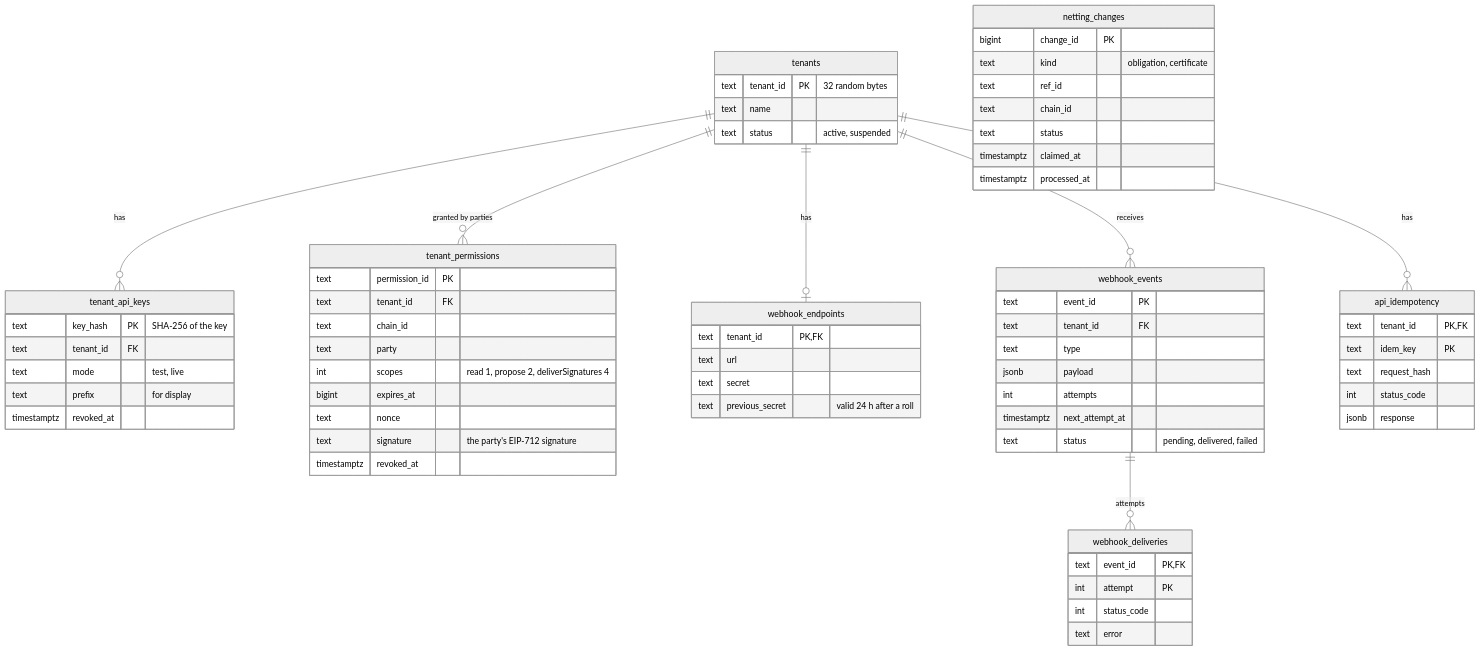
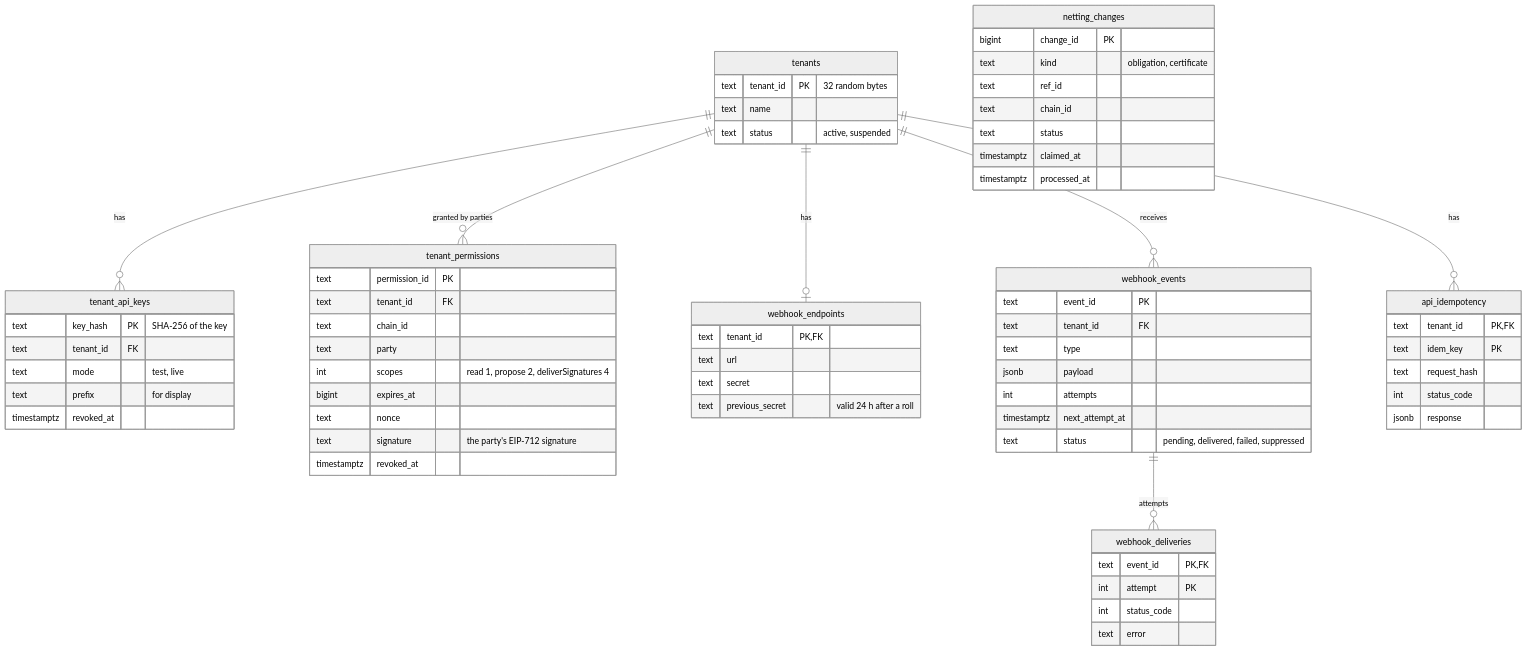
Before and after one commit to AduAkorful/contraflow: the third of 3 diagrams in docs/gitbook/reference/data-model.md, drawn with Mermaid (neutral theme). The commit also changed other lines of this file and 15 other files, not shown here.

````diff
--- a/docs/gitbook/reference/data-model.md
+++ b/docs/gitbook/reference/data-model.md
@@ -138,69 +138,69 @@
 ```mermaid
 erDiagram
   tenants {
     text tenant_id PK "32 random bytes"
     text name
     text status "active, suspended"
   }
   tenant_api_keys {
     text key_hash PK "SHA-256 of the key"
     text tenant_id FK
     text mode "test, live"
     text prefix "for display"
     timestamptz revoked_at
   }
   tenant_permissions {
     text permission_id PK
     text tenant_id FK
     text chain_id
     text party
     int scopes "read 1, propose 2, deliverSignatures 4"
     bigint expires_at
     text nonce
     text signature "the party's EIP-712 signature"
     timestamptz revoked_at
   }
   webhook_endpoints {
     text tenant_id PK, FK
     text url
     text secret
     text previous_secret "valid 24 h after a roll"
   }
   webhook_events {
     text event_id PK
     text tenant_id FK
     text type
     jsonb payload
     int attempts
     timestamptz next_attempt_at
-    text status "pending, delivered, failed"
+    text status "pending, delivered, failed, suppressed"
   }
   webhook_deliveries {
     text event_id PK, FK
     int attempt PK
     int status_code
     text error
   }
   api_idempotency {
     text tenant_id PK, FK
     text idem_key PK
     text request_hash
     int status_code
     jsonb response
   }
   netting_changes {
     bigint change_id PK
     text kind "obligation, certificate"
     text ref_id
     text chain_id
     text status
     timestamptz claimed_at
     timestamptz processed_at
   }
   tenants ||--o{ tenant_api_keys : has
   tenants ||--o{ tenant_permissions : "granted by parties"
   tenants ||--o| webhook_endpoints : has
   tenants ||--o{ webhook_events : receives
   webhook_events ||--o{ webhook_deliveries : attempts
   tenants ||--o{ api_idempotency : has
 ```
````
